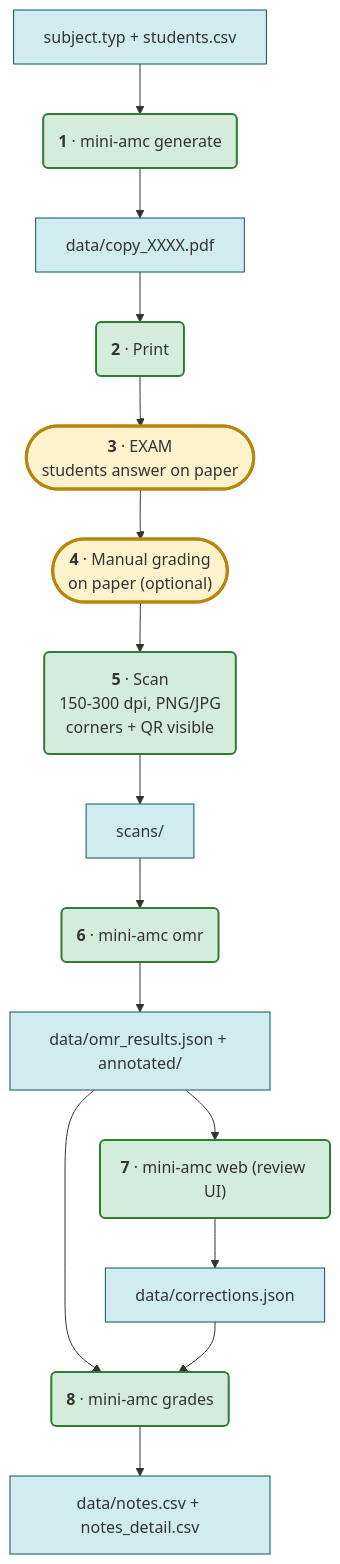
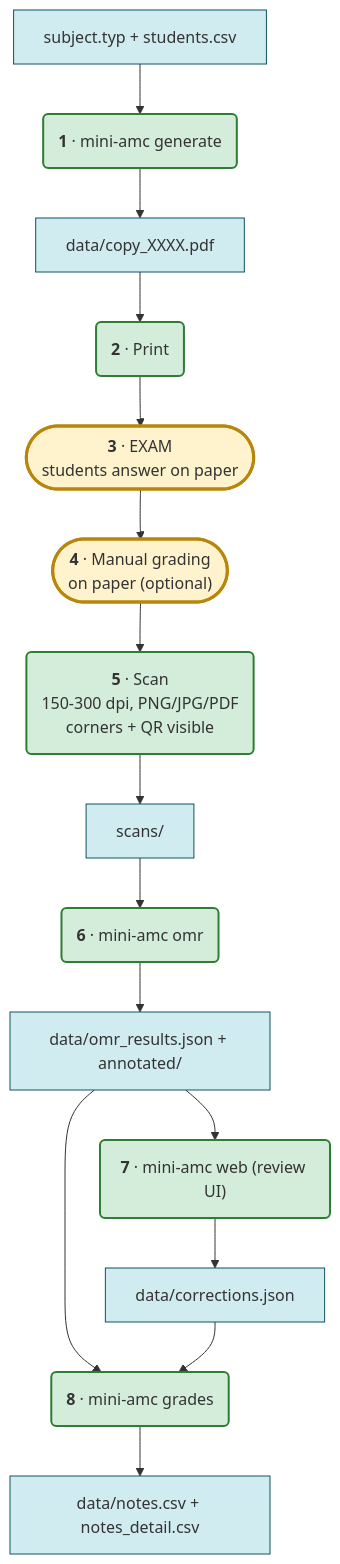
The diagram in README.md (boileaum/mini-amc), drawn with Mermaid before and after one commit. The commit also changed other lines of this file and 12 other files, not shown here.

````diff
--- a/README.md
+++ b/README.md
@@ -32,22 +32,22 @@
 ```mermaid
 flowchart TD
   classDef exam fill:#fff3cd,stroke:#b8860b,stroke-width:3px
   classDef tool fill:#d4edda,stroke:#2e7d32,stroke-width:2px
   classDef data fill:#d1ecf1,stroke:#0c5460
 
   bank["subject.typ + students.csv"]:::data
   bank --> gen("<b>1</b> · mini-amc generate"):::tool
   gen --> pdf["data/copy_XXXX.pdf"]:::data
   pdf --> print("<b>2</b> · Print"):::tool
   print --> exam(["<b>3</b> · EXAM<br/>students answer on paper"]):::exam
   exam --> manual(["<b>4</b> · Manual grading<br/>on paper (optional)"]):::exam
-  manual --> scan("<b>5</b> · Scan<br/>150-300 dpi, PNG/JPG<br/>corners + QR visible"):::tool
+  manual --> scan("<b>5</b> · Scan<br/>150-300 dpi, PNG/JPG/PDF<br/>corners + QR visible"):::tool
   scan --> scans["scans/"]:::data
   scans --> omr("<b>6</b> · mini-amc omr"):::tool
   omr --> res["data/omr_results.json + annotated/"]:::data
   res --> web("<b>7</b> · mini-amc web (review UI)"):::tool
   res --> grades("<b>8</b> · mini-amc grades"):::tool
   web --> corr["data/corrections.json"]:::data
   corr --> grades
   grades --> notes["data/notes.csv + notes_detail.csv"]:::data
 ```
````
